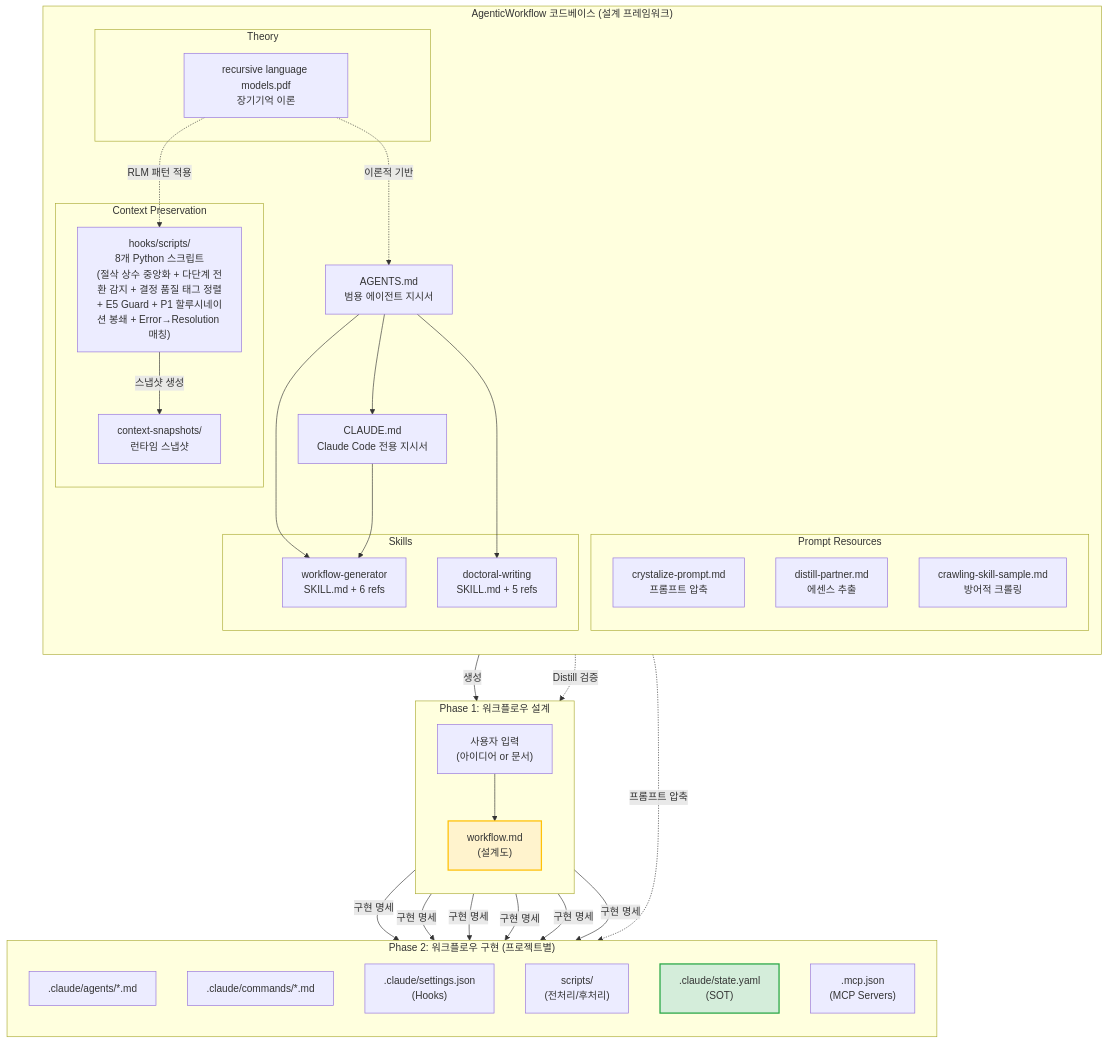
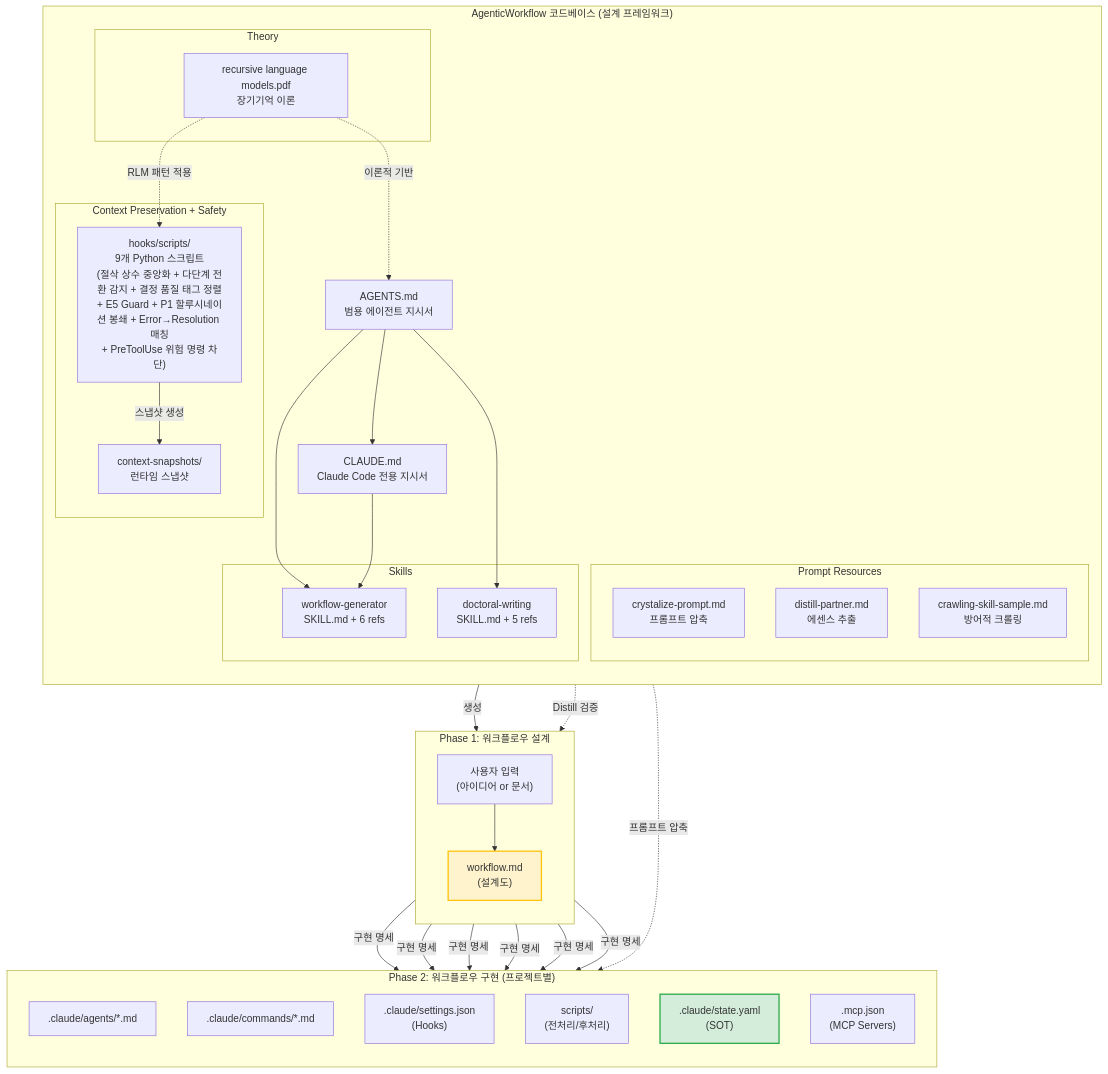
One commit to oogisoogi/AgenticWorkflow changed the second of 13 diagrams in AGENTICWORKFLOW-ARCHITECTURE-AND-PHILOSOPHY.md. Above: the diagram before and after it, drawn with Mermaid. The commit also changed other lines of this file and 7 other files, not shown here.

First line of the commit message:
feat: PreToolUse Safety Hook — 위험 명령 차단 (P1 할루시네이션 봉쇄)

````diff
--- a/AGENTICWORKFLOW-ARCHITECTURE-AND-PHILOSOPHY.md
+++ b/AGENTICWORKFLOW-ARCHITECTURE-AND-PHILOSOPHY.md
@@ -190,66 +190,66 @@
 ```mermaid
 graph TB
     subgraph "AgenticWorkflow 코드베이스 (설계 프레임워크)"
         direction TB
         CLAUDE["CLAUDE.md<br/>Claude Code 전용 지시서"]
         AGENTS["AGENTS.md<br/>범용 에이전트 지시서"]
 
         subgraph "Skills"
             WG["workflow-generator<br/>SKILL.md + 6 refs"]
             DW["doctoral-writing<br/>SKILL.md + 5 refs"]
         end
 
-        subgraph "Context Preservation"
-            CPS["hooks/scripts/<br/>8개 Python 스크립트<br/>(절삭 상수 중앙화 + 다단계 전환 감지 + 결정 품질 태그 정렬<br/>+ E5 Guard + P1 할루시네이션 봉쇄 + Error→Resolution 매칭)"]
+        subgraph "Context Preservation + Safety"
+            CPS["hooks/scripts/<br/>9개 Python 스크립트<br/>(절삭 상수 중앙화 + 다단계 전환 감지 + 결정 품질 태그 정렬<br/>+ E5 Guard + P1 할루시네이션 봉쇄 + Error→Resolution 매칭<br/>+ PreToolUse 위험 명령 차단)"]
             CSS["context-snapshots/<br/>런타임 스냅샷"]
         end
 
         subgraph "Prompt Resources"
             CP["crystalize-prompt.md<br/>프롬프트 압축"]
             DP["distill-partner.md<br/>에센스 추출"]
             CS["crawling-skill-sample.md<br/>방어적 크롤링"]
         end
 
         subgraph "Theory"
             RLM["recursive language models.pdf<br/>장기기억 이론"]
         end
 
         AGENTS --> CLAUDE
         AGENTS --> WG
         AGENTS --> DW
         CLAUDE --> WG
         RLM -.->|"이론적 기반"| AGENTS
         RLM -.->|"RLM 패턴 적용"| CPS
         CPS -->|"스냅샷 생성"| CSS
     end
 
     subgraph "Phase 1: 워크플로우 설계"
         direction TB
         USER_INPUT["사용자 입력<br/>(아이디어 or 문서)"]
         WF["workflow.md<br/>(설계도)"]
         USER_INPUT --> WF
     end
 
     subgraph "Phase 2: 워크플로우 구현 (프로젝트별)"
         direction TB
         AG[".claude/agents/*.md"]
         CMD[".claude/commands/*.md"]
         HK[".claude/settings.json<br/>(Hooks)"]
         SC["scripts/<br/>(전처리/후처리)"]
         SOT[".claude/state.yaml<br/>(SOT)"]
         MCP[".mcp.json<br/>(MCP Servers)"]
     end
 
     WG -->|"생성"| WF
     DP -.->|"Distill 검증"| WF
     CP -.->|"프롬프트 압축"| AG
     WF -->|"구현 명세"| AG
     WF -->|"구현 명세"| CMD
     WF -->|"구현 명세"| HK
     WF -->|"구현 명세"| SC
     WF -->|"구현 명세"| SOT
     WF -->|"구현 명세"| MCP
 
     style WF fill:#fff3cd,stroke:#ffc107,stroke-width:2px
     style SOT fill:#d4edda,stroke:#28a745,stroke-width:2px
 ```
````
